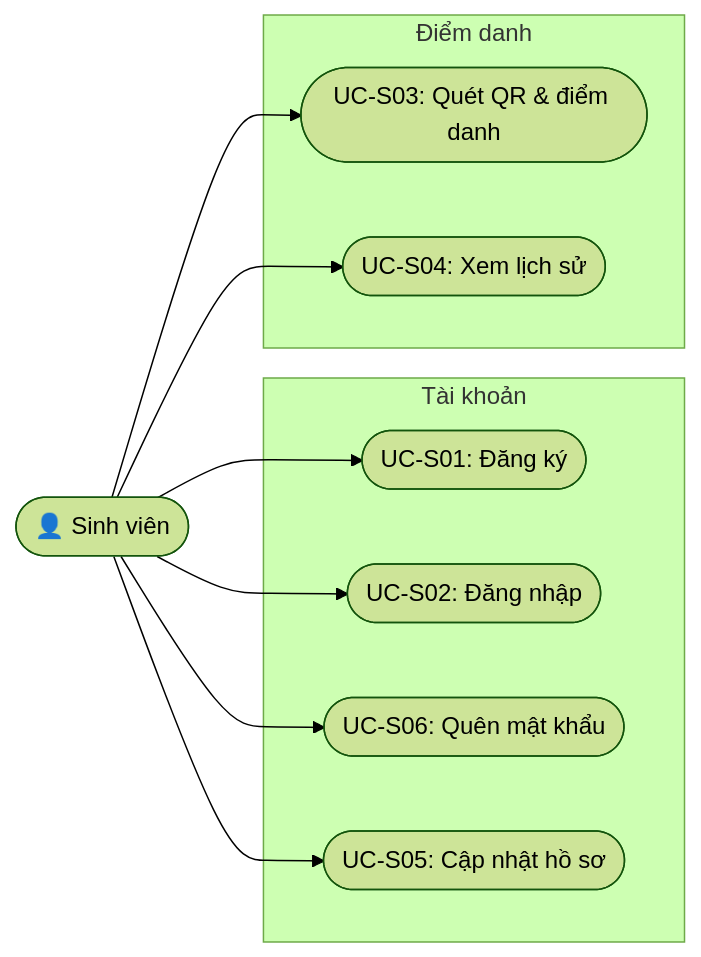
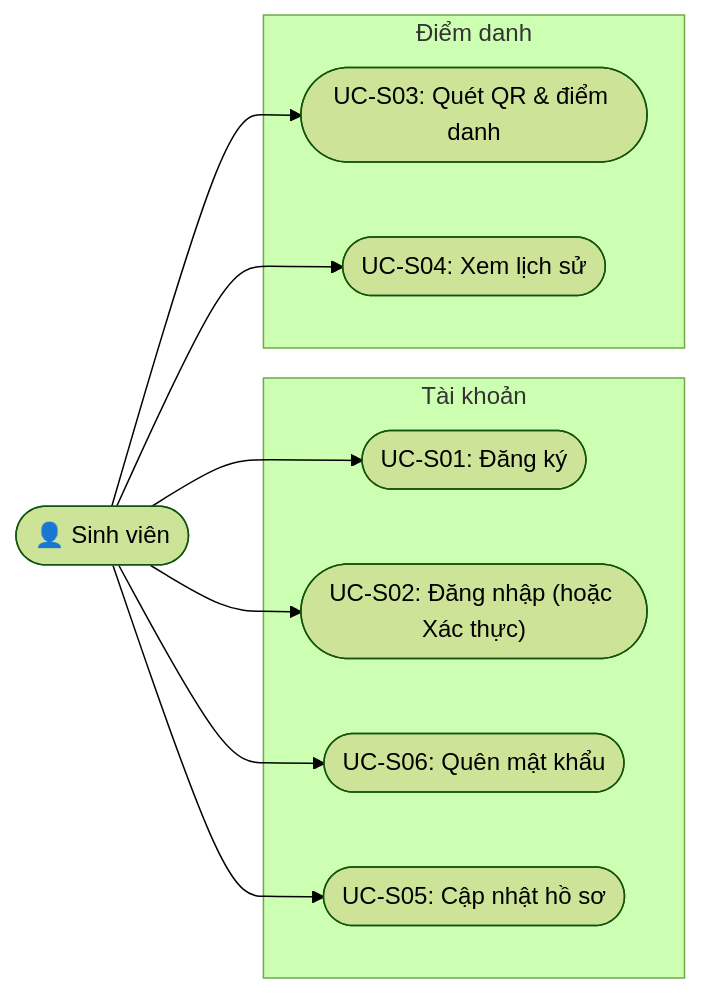
The second of 13 diagrams in docs/SRS.md (kentdoan/qr-attendance), drawn with Mermaid (forest theme) before and after one commit. The commit also changed other lines of this file, not shown here.

````diff
--- a/docs/SRS.md
+++ b/docs/SRS.md
@@ -109,23 +110,23 @@
 ```mermaid
 graph LR
     SV(["👤 Sinh viên"])
 
     subgraph Tài khoản
         UC_S01(["UC-S01: Đăng ký"])
-        UC_S02(["UC-S02: Đăng nhập"])
+        UC_S02(["UC-S02: Đăng nhập (hoặc Xác thực)"])
         UC_S06(["UC-S06: Quên mật khẩu"])
         UC_S05(["UC-S05: Cập nhật hồ sơ"])
     end
 
     subgraph Điểm danh
         UC_S03(["UC-S03: Quét QR & điểm danh"])
         UC_S04(["UC-S04: Xem lịch sử"])
     end
 
     SV --> UC_S01
     SV --> UC_S02
     SV --> UC_S06
     SV --> UC_S05
     SV --> UC_S03
     SV --> UC_S04
 ```
````
